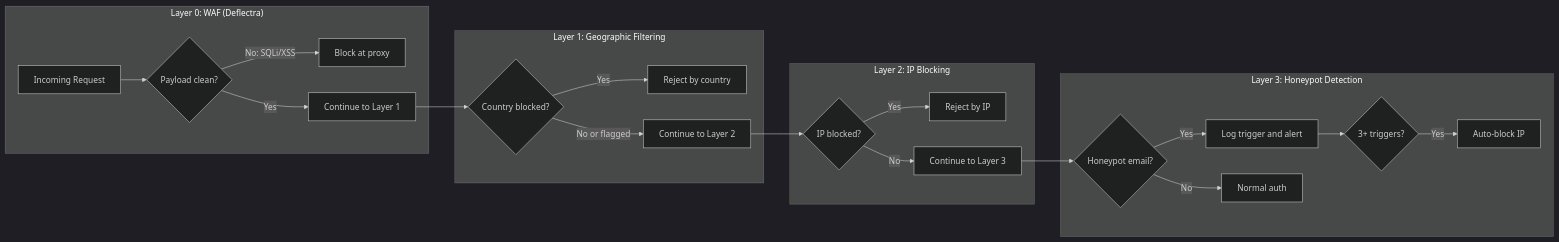
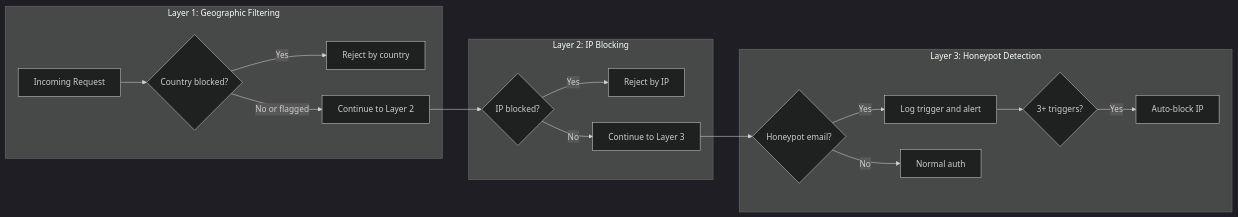
Before and after one commit to ritvikindupuri/ritvik-portfolio: the fourth of 9 diagrams in public/TECHNICAL_DOCUMENTATION.md, drawn with Mermaid (dark theme). The commit also changed other lines of this file and 1 other file, not shown here.

Commit message:
Removed WAF from app

````diff
--- a/public/TECHNICAL_DOCUMENTATION.md
+++ b/public/TECHNICAL_DOCUMENTATION.md
@@ -2360,28 +2360,22 @@
 ```mermaid
 flowchart LR
-    subgraph Layer0["Layer 0: WAF (Deflectra)"]
-        Z[Incoming Request] --> Z1{Payload clean?}
-        Z1 -->|No: SQLi/XSS| Z2[Block at proxy]
-        Z1 -->|Yes| A[Continue to Layer 1]
-    end
-
     subgraph Layer1["Layer 1: Geographic Filtering"]
-        A --> B{Country blocked?}
+        A[Incoming Request] --> B{Country blocked?}
         B -->|Yes| C[Reject by country]
         B -->|No or flagged| D[Continue to Layer 2]
     end
 
     subgraph Layer2["Layer 2: IP Blocking"]
         D --> E{IP blocked?}
         E -->|Yes| F[Reject by IP]
         E -->|No| G[Continue to Layer 3]
     end
 
     subgraph Layer3["Layer 3: Honeypot Detection"]
         G --> H{Honeypot email?}
         H -->|Yes| I[Log trigger and alert]
         I --> J{3+ triggers?}
         J -->|Yes| K[Auto-block IP]
         H -->|No| L[Normal auth]
     end
 ```
````
